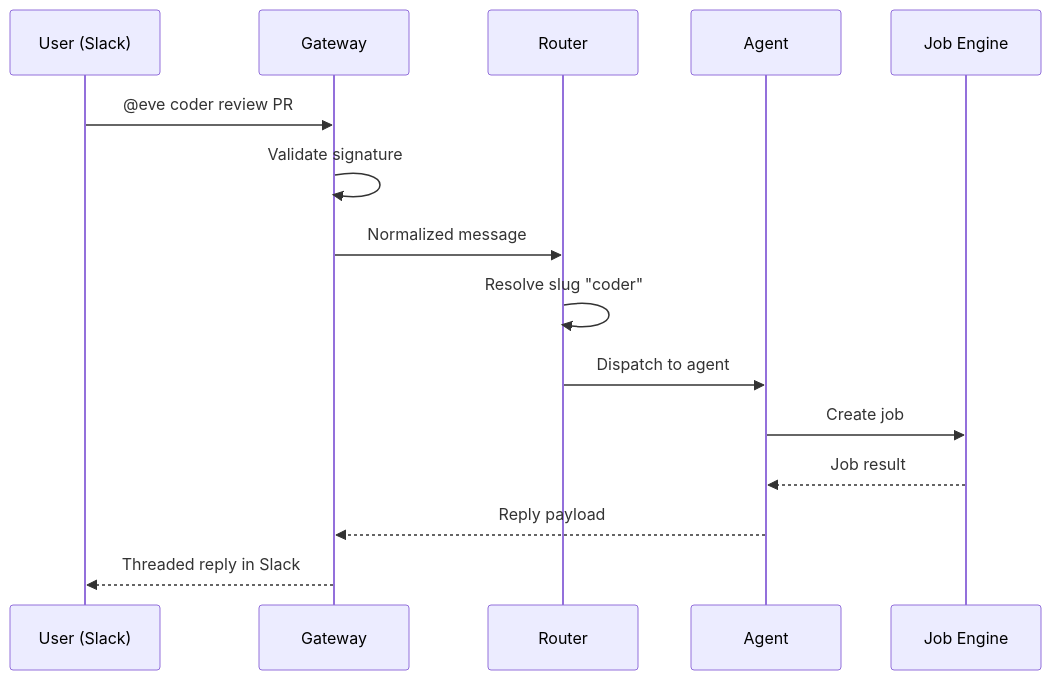
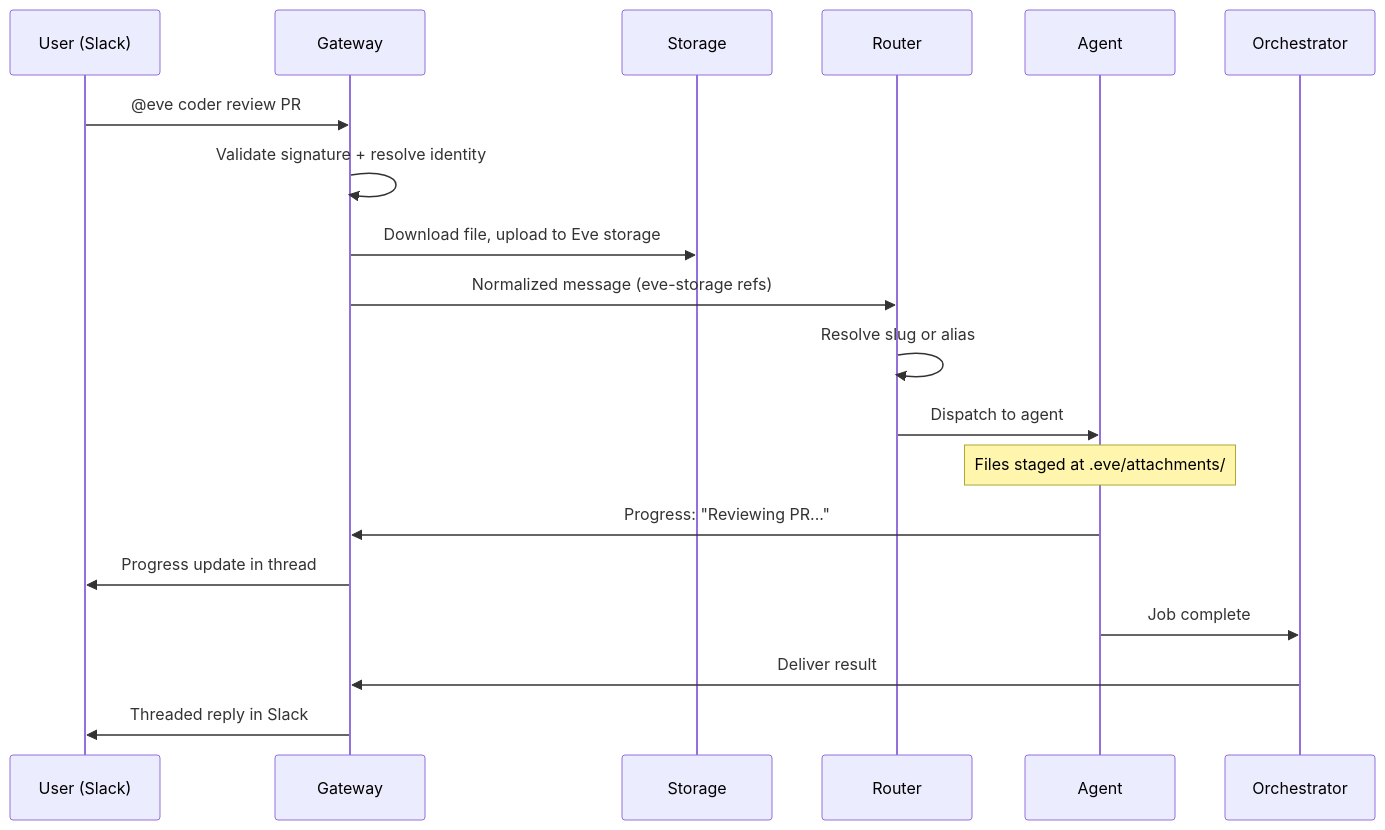
The second of 2 diagrams in website/docs/guides/chat.md (eve-horizon/eve-horizon-docs), drawn with Mermaid before and after one commit. The commit also changed other lines of this file and 42 other files, not shown here.

````diff
--- a/website/docs/guides/chat.md
+++ b/website/docs/guides/chat.md
@@ -361,17 +426,21 @@
 ```mermaid
 sequenceDiagram
     participant U as User (Slack)
     participant G as Gateway
+    participant S as Storage
     participant R as Router
     participant A as Agent
-    participant J as Job Engine
-    U->>G: @eve coder review PR #42
-    G->>G: Validate signature
-    G->>R: Normalized message
-    R->>R: Resolve slug "coder"
+    participant O as Orchestrator
+    U->>G: @eve coder review PR #42 [+ file]
+    G->>G: Validate signature + resolve identity
+    G->>S: Download file, upload to Eve storage
+    G->>R: Normalized message (eve-storage refs)
+    R->>R: Resolve slug or alias
     R->>A: Dispatch to agent
-    A->>J: Create job
-    J-->>A: Job result
-    A-->>G: Reply payload
-    G-->>U: Threaded reply in Slack
+    Note over A: Files staged at .eve/attachments/
+    A->>G: Progress: "Reviewing PR..."
+    G->>U: Progress update in thread
+    A->>O: Job complete
+    O->>G: Deliver result
+    G->>U: Threaded reply in Slack
 ```
````
